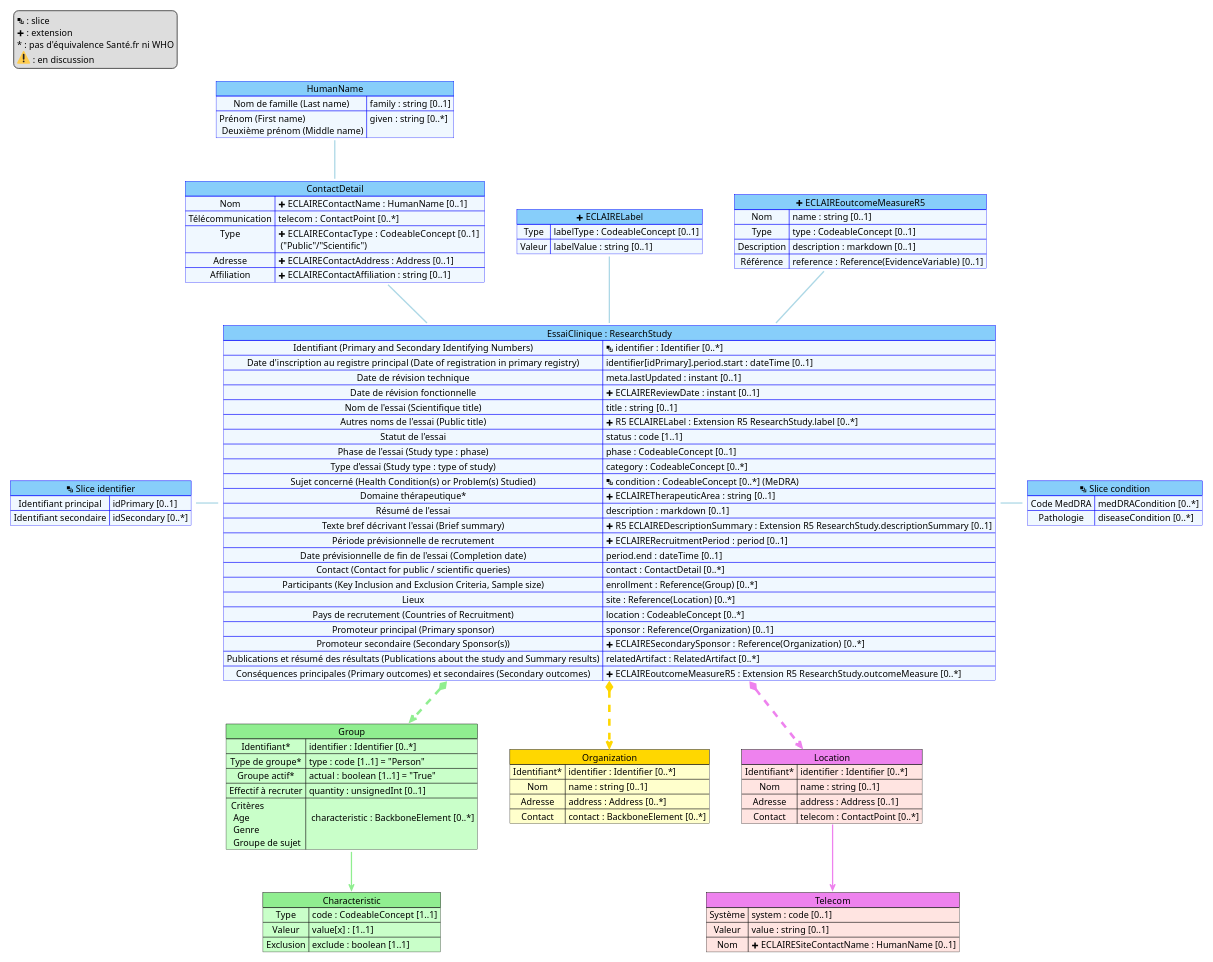
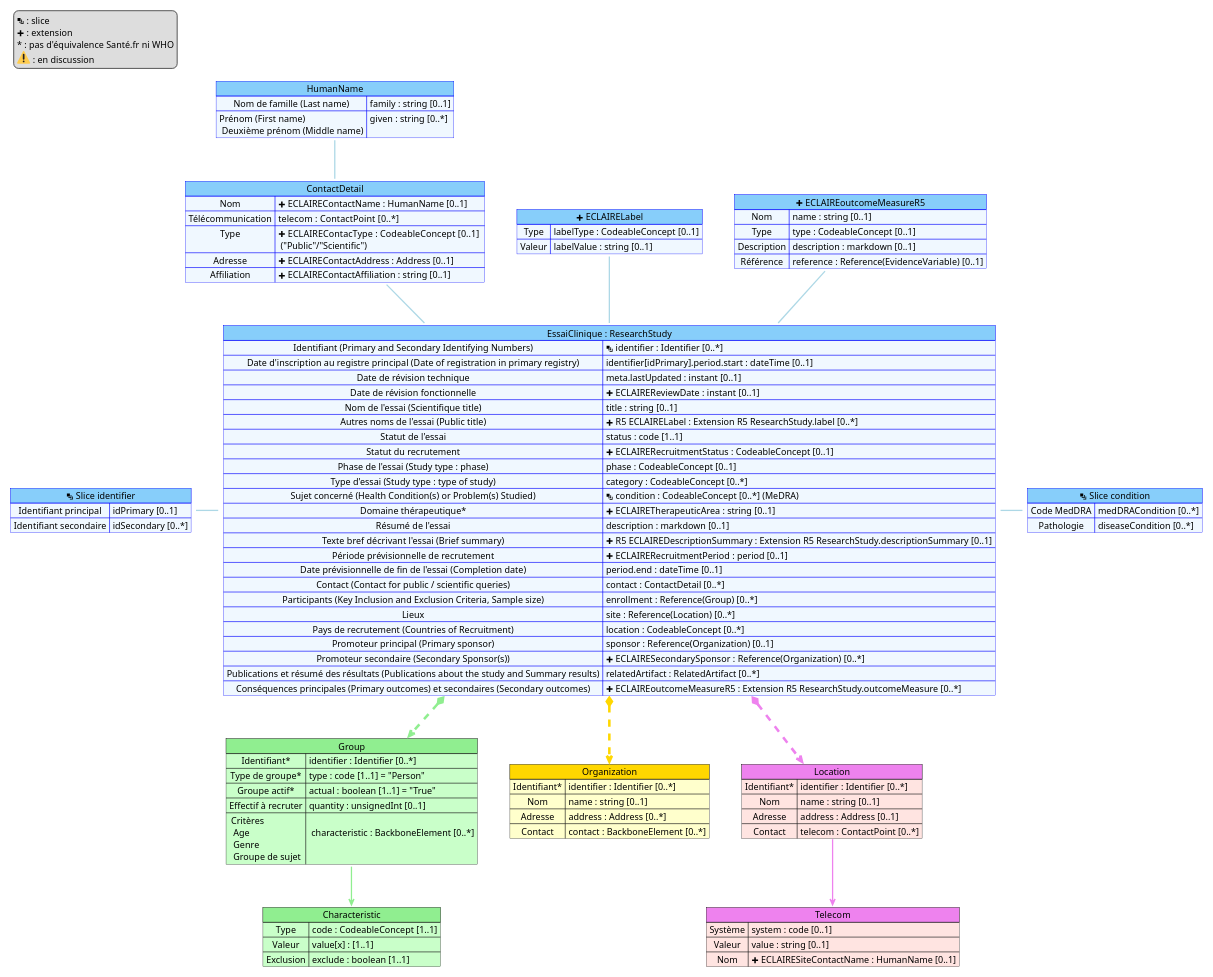
Before and after one commit to ansforge/essais-cliniques: the diagram in input/images-source/mapping.plantuml, drawn with PlantUML.

Commit message:
Maj mapping status recrutement

```diff
--- a/input/images-source/mapping.plantuml
+++ b/input/images-source/mapping.plantuml
@@ -1,126 +1,127 @@
 @startuml mapping
 
 scale 1200 width
 
 map "ContactDetail" as Contact #back:AliceBlue;header:LightSkyBlue;line:blue {
     Nom => name :  string [0..1] 
     Télécommunication => telecom :  ContactPoint [0..*]  
     Type => <&plus> ECLAIREContacType :  CodeableConcept [0..1] \n ("Public"/"Scientific")
     Adresse => <&plus> ECLAIREContactAddress : Address [0..1]
     Affiliation => <&plus> ECLAIREContactAffiliation : string [0..1]
     Nom => <&plus> ECLAIREContactName : HumanName [0..1]
 }
 
 map "HumanName" as slice_name #back:AliceBlue;header:LightSkyBlue;line:blue {
     Nom de famille (Last name) => family : string [0..1]
     Prénom (First name) \n Deuxième prénom (Middle name) => given : string [0..*]
 }
 
 map "<&layers> Slice identifier" as slice_identifier #back:AliceBlue;header:LightSkyBlue;line:blue {
     Identifiant principal => idPrimary [0..1]
     Identifiant secondaire => idSecondary [0..*]
 }
 
 map "<&layers> Slice condition" as slice_condition #back:AliceBlue;header:LightSkyBlue;line:blue {
     Code MedDRA => medDRACondition [0..*]
     Pathologie => diseaseCondition [0..*]
 }
 
 map "<&plus> ECLAIRELabel" as label #back:AliceBlue;header:LightSkyBlue;line:blue {
     Type => labelType : CodeableConcept [0..1]
     Valeur => labelValue : string [0..1]
 }
 
 map "Group" as Group #back:TECHNOLOGY;header:LightGreen {
     Identifiant* => identifier : Identifier [0..*] 
     Type de groupe* => type : code [1..1] = "Person" 
     Groupe actif* => actual : boolean [1..1] = "True"
     Effectif à recruter => quantity : unsignedInt [0..1] 
     Critères \n Age \n Genre \n Groupe de sujet => \n characteristic : BackboneElement [0..*] 
 }
 
 map "Characteristic" as Characteristic #back:TECHNOLOGY;header:LightGreen {
     Type  => code : CodeableConcept [1..1] 
     Valeur => value[x] : [1..1] 
     Exclusion => exclude : boolean [1..1] 
 }
 
 map "Organization" as Organization #back:BUSINESS;header:Gold {
     Identifiant* => identifier : Identifier [0..*] 
     Nom => name : string [0..1] 
     Adresse => address : Address [0..*] 
     Contact => contact : BackboneElement [0..*] 
 }
 
 map "Location" as Location #back:MistyRose;header:Violet {
     Identifiant* => identifier : Identifier [0..*] 
     Nom => name : string [0..1] 
     Adresse => address : Address [0..1] 
     Contact => telecom : ContactPoint [0..*]
 }
 
 map "Telecom" as Telecom #back:MistyRose;header:Violet {
     Système  => system : code [0..1] 
     Valeur => value : string [0..1] 
     Nom => <&plus> ECLAIRESiteContactName : HumanName [0..1] 
 }
 
 map "<&plus> ECLAIREoutcomeMeasureR5" as OM #back:AliceBlue;header:LightSkyBlue;line:blue {
     Nom => name : string [0..1] 
     Type => type : CodeableConcept [0..1] 
     Description => description : markdown [0..1]
     Référence => reference : Reference(EvidenceVariable) [0..1]
 }
 
 map "EssaiClinique : ResearchStudy" as RS #back:AliceBlue;header:LightSkyBlue;line:blue {
     Identifiant (Primary and Secondary Identifying Numbers) => <&layers> identifier : Identifier [0..*]
     Date d'inscription au registre principal (Date of registration in primary registry) => identifier[idPrimary].period.start : dateTime [0..1]  
     Date de révision technique => meta.lastUpdated : instant [0..1]  
     Date de révision fonctionnelle => <&plus> ECLAIREReviewDate : instant [0..1] 
     Nom de l'essai (Scientifique title) => title : string [0..1] 
     Autres noms de l'essai (Public title) => <&plus> R5 ECLAIRELabel : Extension R5 ResearchStudy.label [0..*] 
     Statut de l'essai => status : code [1..1]
+    Statut du recrutement => <&plus> ECLAIRERecruitmentStatus : CodeableConcept [0..1]
     Phase de l'essai (Study type : phase) => phase : CodeableConcept [0..1] 
     Type d'essai (Study type : type of study) => category : CodeableConcept [0..*] 
     Sujet concerné (Health Condition(s) or Problem(s) Studied) => <&layers> condition : CodeableConcept [0..*] (MeDRA) 
     Domaine thérapeutique* => <&plus> ECLAIRETherapeuticArea : string [0..1] 
     Résumé de l'essai => description : markdown [0..1] 
     Texte bref décrivant l'essai (Brief summary) => <&plus> R5 ECLAIREDescriptionSummary : Extension R5 ResearchStudy.descriptionSummary [0..1]
     Période prévisionnelle de recrutement => <&plus> ECLAIRERecruitmentPeriod : period [0..1]  
     Date prévisionnelle de fin de l'essai (Completion date) => period.end : dateTime [0..1]
     Contact (Contact for public / scientific queries) => contact : ContactDetail [0..*] 
     Participants (Key Inclusion and Exclusion Criteria, Sample size) => enrollment : Reference(Group) [0..*] 
     Lieux => site : Reference(Location) [0..*] 
     Pays de recrutement (Countries of Recruitment) => location : CodeableConcept [0..*]
     Promoteur principal (Primary sponsor) => sponsor : Reference(Organization) [0..1]  
     Promoteur secondaire (Secondary Sponsor(s)) => <&plus> ECLAIRESecondarySponsor  : Reference(Organization) [0..*]  
     Publications et résumé des résultats (Publications about the study and Summary results) => relatedArtifact : RelatedArtifact [0..*]
     Conséquences principales (Primary outcomes) et secondaires (Secondary outcomes)  => <&plus> ECLAIREoutcomeMeasureR5 : Extension R5 ResearchStudy.outcomeMeasure [0..*] 
 }
 
 
 RS *-[#Violet,dashed,thickness=4]-> Location
 RS *-[#LightGreen,dashed,thickness=4]-> Group 
 RS *-[#Gold,dashed,thickness=4]-> Organization
 
 slice_identifier -[#lightBlue,thickness=2] RS
 RS -[#lightBlue,thickness=2] slice_condition
 Contact --[#lightBlue,thickness=2] RS
 label --[#lightBlue,thickness=2] RS
 slice_name --[#lightBlue,thickness=2] Contact
 OM --[#lightBlue,thickness=2] RS
 
 Group -[hidden] Organization
 
 Group::Critères --[#LightGreen,thickness=2]> Characteristic
 Location::Contact --[#Violet,thickness=2]> Telecom
 
 
 legend top left
   <&layers> : slice
   <&plus> : extension
   ~* : pas d'équivalence Santé.fr ni WHO
   <:warning:> : en discussion
 endlegend
 
 @enduml
```
